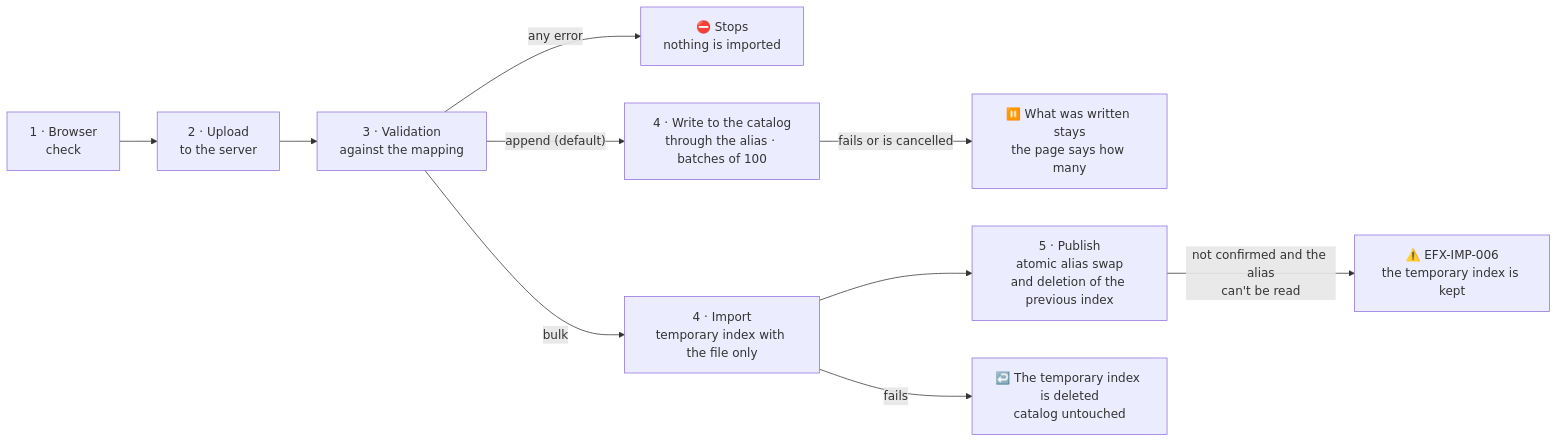
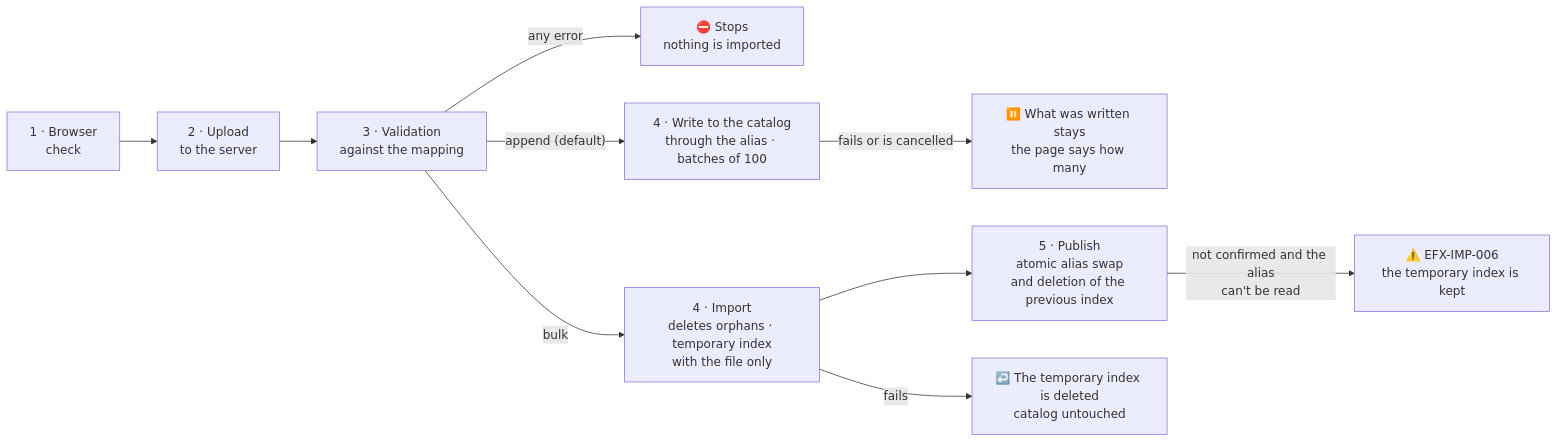
The first of 3 diagrams in README.en.md (bigfito/elastiflix-reloaded), drawn with Mermaid before and after one commit. The commit also changed other lines of this file and 41 other files, not shown here.

````diff
--- a/README.en.md
+++ b/README.en.md
@@ -357,12 +360,12 @@
 ```mermaid
 flowchart LR
   A["1 · Browser<br/>check"] --> B["2 · Upload<br/>to the server"]
   B --> C["3 · Validation<br/>against the mapping"]
   C -->|"any error"| X["⛔ Stops<br/>nothing is imported"]
   C -->|"append (default)"| W["4 · Write to the catalog<br/>through the alias · batches of 100"]
   W -->|"fails or is cancelled"| V["⏸️ What was written stays<br/>the page says how many"]
-  C -->|"bulk"| D["4 · Import<br/>temporary index with the file only"]
+  C -->|"bulk"| D["4 · Import<br/>deletes orphans · temporary index<br/>with the file only"]
   D --> E["5 · Publish<br/>atomic alias swap<br/>and deletion of the previous index"]
   D -->|"fails"| Y["↩️ The temporary index is deleted<br/>catalog untouched"]
   E -->|"not confirmed and the alias<br/>can't be read"| Z["⚠️ EFX-IMP-006<br/>the temporary index is kept"]
 ```
````
